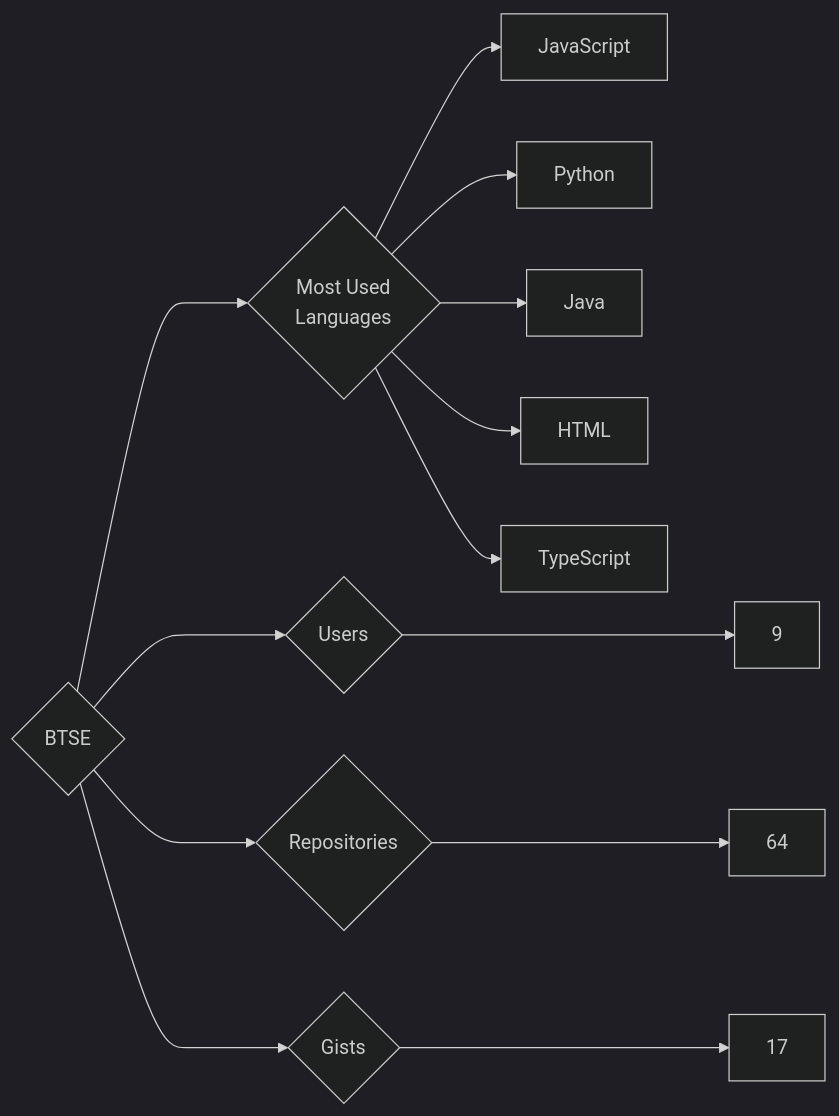
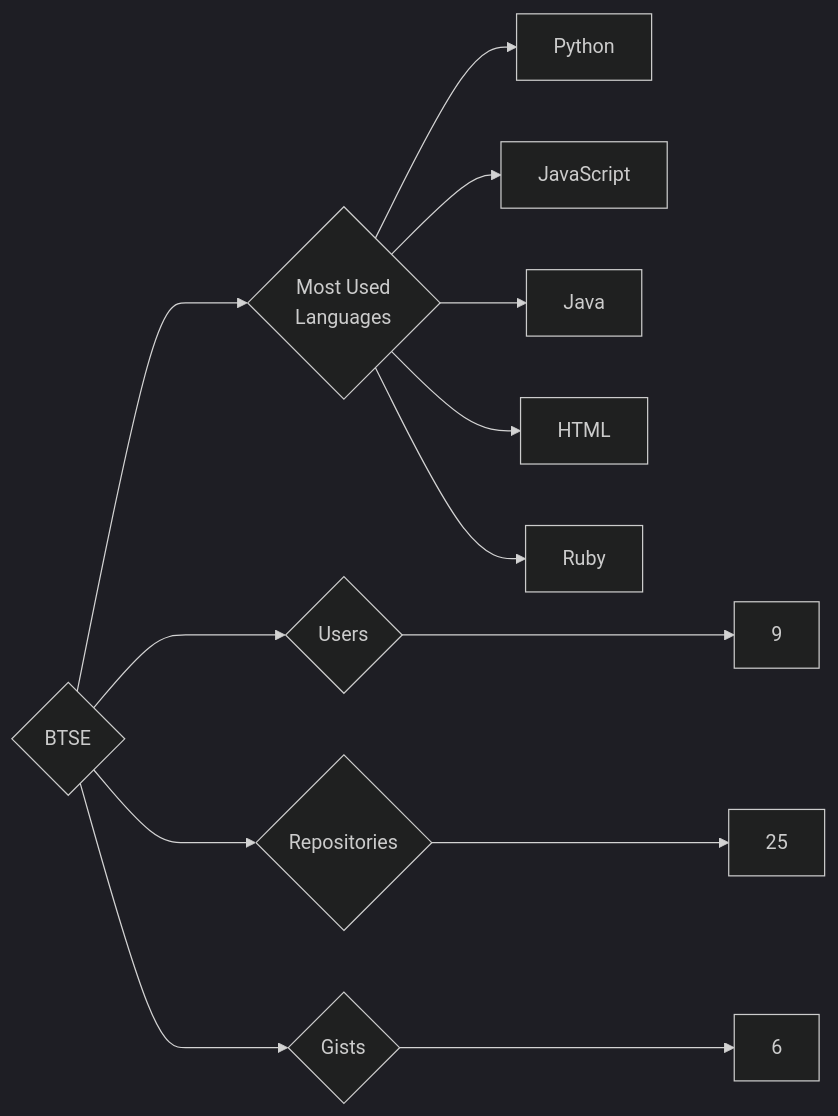
The diagram in targets/BTSE/README.md (trickest/insiders), drawn with Mermaid (dark theme) before and after one commit. The commit also changed 1212 other files, not shown here.

````diff
--- a/targets/BTSE/README.md
+++ b/targets/BTSE/README.md
@@ -3,13 +3,13 @@
 ```mermaid
 graph LR
 COMPANY_NAME{BTSE}
 COMPANY_NAME ---> U{Users} ---> UN[9]
-COMPANY_NAME ---> R{Repositories} ---> RN[64]
-COMPANY_NAME ---> G{Gists} ---> GN[17]
+COMPANY_NAME ---> R{Repositories} ---> RN[25]
+COMPANY_NAME ---> G{Gists} ---> GN[6]
 COMPANY_NAME ---> ML{Most Used<br>Languages}
+ML --> Python[Python]
 ML --> JavaScript[JavaScript]
-ML --> Python[Python]
 ML --> Java[Java]
 ML --> HTML[HTML]
-ML --> TypeScript[TypeScript]
+ML --> Ruby[Ruby]
 ```
````
